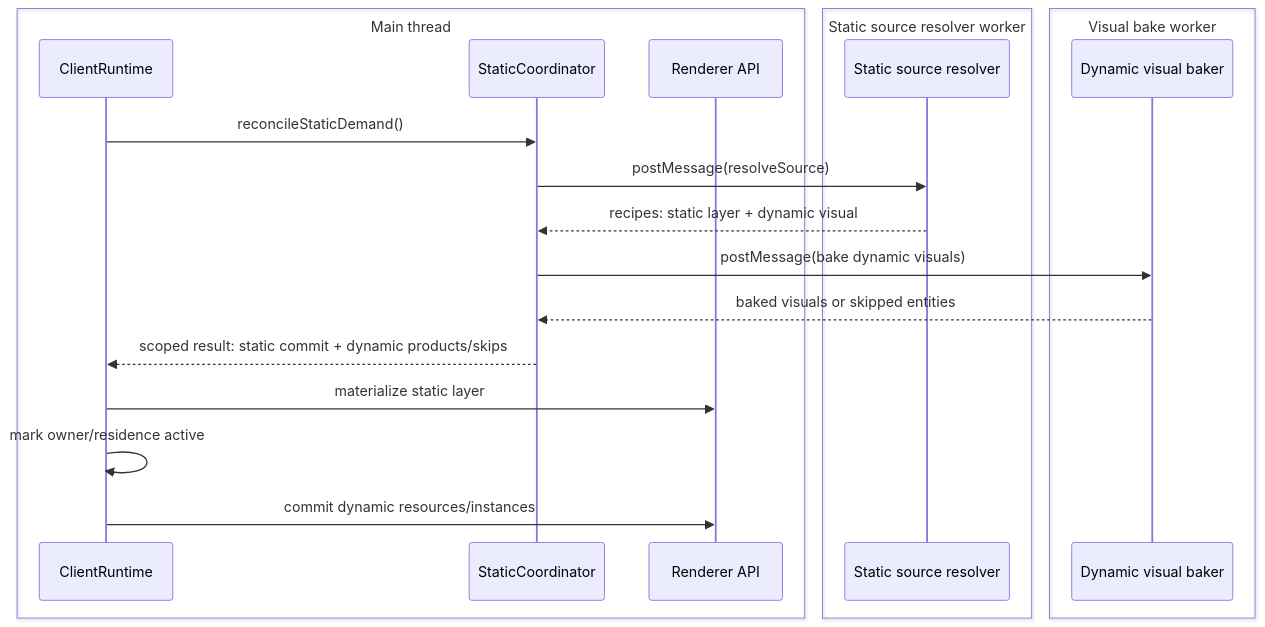
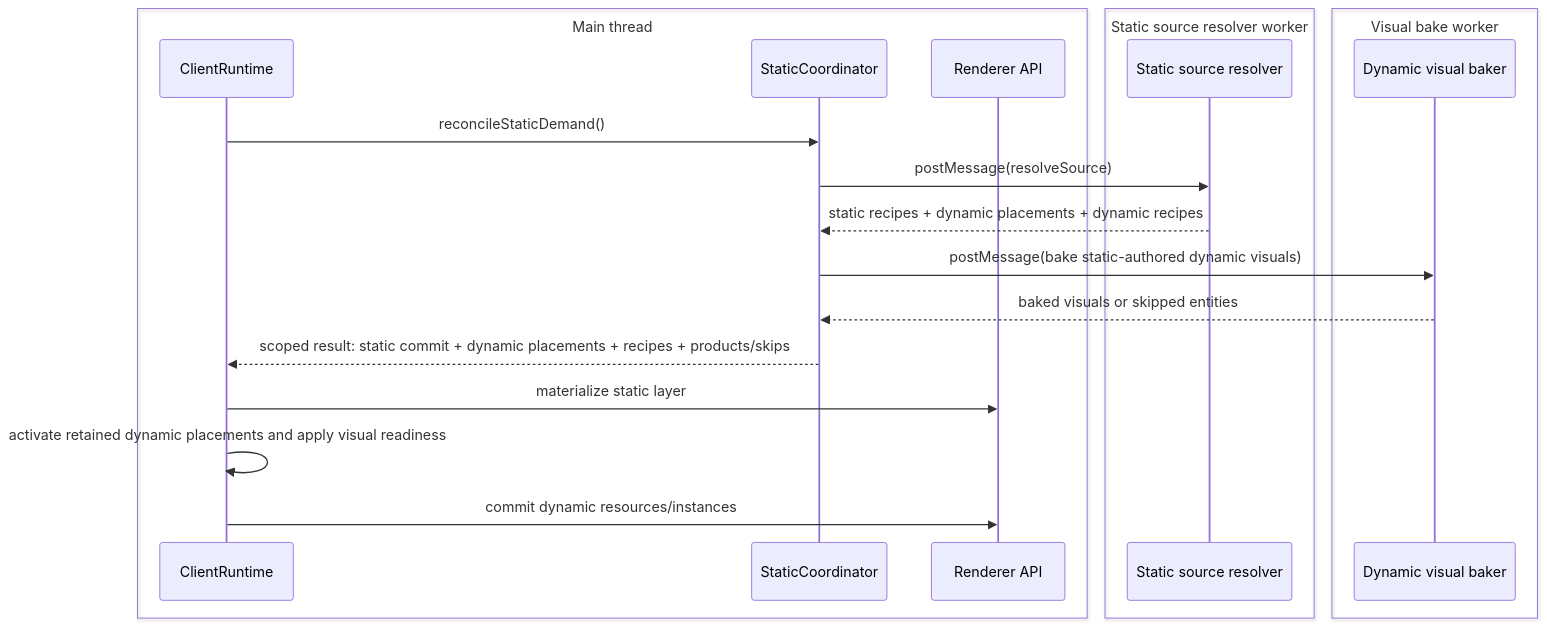
Before and after one commit to merklejerk/holtburger: the fifth of 6 diagrams in docs/plans/holtburger-3d-isomorphic-dynamic-prep-scoping.md, drawn with Mermaid. The commit also changed other lines of this file, not shown here.

Commit message:
Document dynamic prep cutover validation

````diff
--- a/docs/plans/holtburger-3d-isomorphic-dynamic-prep-scoping.md
+++ b/docs/plans/holtburger-3d-isomorphic-dynamic-prep-scoping.md
@@ -604,24 +619,24 @@
 ```mermaid
 sequenceDiagram
     box Main thread
         participant Runtime as ClientRuntime
         participant StaticCoordinator
         participant Renderer as Renderer API
     end
     box Static source resolver worker
         participant ResolverWorker as Static source resolver
     end
     box Visual bake worker
         participant VisualBaker as Dynamic visual baker
     end
 
     Runtime->>StaticCoordinator: reconcileStaticDemand()
     StaticCoordinator->>ResolverWorker: postMessage(resolveSource)
-    ResolverWorker-->>StaticCoordinator: recipes: static layer + dynamic visual
-    StaticCoordinator->>VisualBaker: postMessage(bake dynamic visuals)
+    ResolverWorker-->>StaticCoordinator: static recipes + dynamic placements + dynamic recipes
+    StaticCoordinator->>VisualBaker: postMessage(bake static-authored dynamic visuals)
     VisualBaker-->>StaticCoordinator: baked visuals or skipped entities
-    StaticCoordinator-->>Runtime: scoped result: static commit + dynamic products/skips
+    StaticCoordinator-->>Runtime: scoped result: static commit + dynamic placements + recipes + products/skips
     Runtime->>Renderer: materialize static layer
-    Runtime->>Runtime: mark owner/residence active
+    Runtime->>Runtime: activate retained dynamic placements and apply visual readiness
     Runtime->>Renderer: commit dynamic resources/instances
 ```
````
